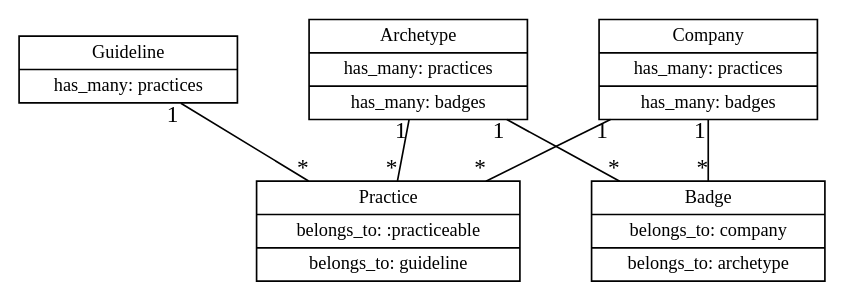
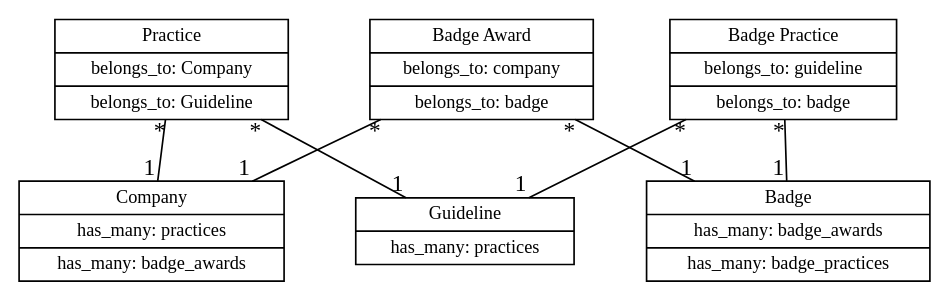
The diagram in db/schema.dot (hannahclauson/health-agreements), drawn with Graphviz before and after one commit. The commit also changed 2 other files, not shown here.

Commit message:
Update schema graph to reflect refactor

```diff
--- a/db/schema.dot
+++ b/db/schema.dot
@@ -1,21 +1,24 @@
 digraph obj{
 	node[shape=record];
 	splines=true;
 	sep="+25,25";
 	overlap=scalexy;
 	nodesep=0.6;
 	node [fontsize=11];
 	
-	company [label = "{<f0> Company|<f1> has_many: practices\n|<f2> has_many: badges}"];
+	company [label = "{<f0> Company|<f1> has_many: practices\n|<f2> has_many: badge_awards}"];
 	guideline [label = "{<f0> Guideline|<f1> has_many: practices}"];
-	practice [label = "{<f0> Practice|<f1> belongs_to: :practiceable\n|<f2> belongs_to: guideline}"];
-	archetype [label = "{<f0> Archetype|<f1> has_many: practices\n|<f2> has_many: badges}"];
-	badge [label = "{<f0> Badge|<f1> belongs_to: company\n|<f2> belongs_to: archetype}"];
+	practice [label = "{<f0> Practice|<f1> belongs_to: Company \n|<f2> belongs_to: Guideline}"];
+	badge [label = "{<f0> Badge |<f1> has_many: badge_awards\n|<f2> has_many: badge_practices}"];
+	badge_award [label = "{<f0> Badge Award|<f1> belongs_to: company\n|<f2> belongs_to: badge}"];
+	badge_practice [label = "{<f0> Badge Practice|<f1> belongs_to: guideline\n|<f2> belongs_to: badge}"];
 
-	company->practice [dir="forward",arrowhead="none",arrowtail="normal",headlabel="*",taillabel="1"];
-	company->badge [dir="forward",arrowhead="none",arrowtail="normal",headlabel="*",taillabel="1"];
-	guideline->practice [dir="forward",arrowhead="none",arrowtail="normal",headlabel="*",taillabel="1"];
-	archetype->practice [dir="forward",arrowhead="none",arrowtail="normal",headlabel="*",taillabel="1"];
-	archetype->badge [dir="forward",arrowhead="none",arrowtail="normal",headlabel="*",taillabel="1"];
+
+	practice->company [dir="forward",arrowhead="none",arrowtail="normal",headlabel="1",taillabel="*"];
+	badge_award->company [dir="forward",arrowhead="none",arrowtail="normal",headlabel="1",taillabel="*"];
+	badge_award->badge [dir="forward",arrowhead="none",arrowtail="normal",headlabel="1",taillabel="*"];
+	practice->guideline [dir="forward",arrowhead="none",arrowtail="normal",headlabel="1",taillabel="*"];
+	badge_practice->guideline [dir="forward",arrowhead="none",arrowtail="normal",headlabel="1",taillabel="*"];
+	badge_practice->badge [dir="forward",arrowhead="none",arrowtail="normal",headlabel="1",taillabel="*"];
 
 }
```
